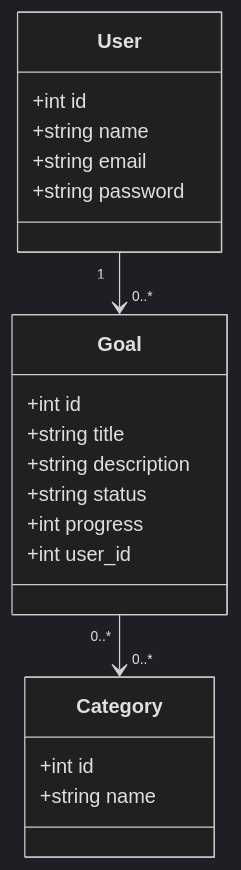
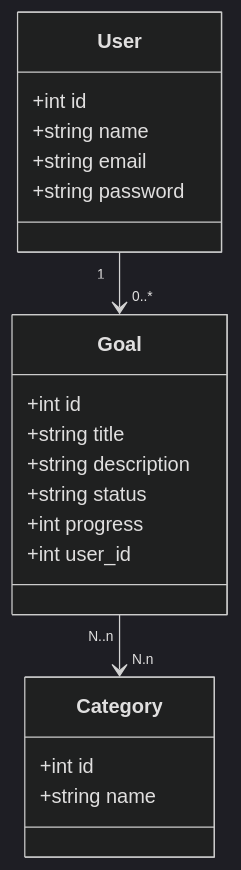
Before and after one commit to abdelhaymallouli/Goals-Tracker: the diagram in imgs/Diagram de Class.mmd, drawn with Mermaid (dark theme). The commit also changed 1 other file, not shown here.

Commit message:
feat: Render class diagram in README using Mermaid and add its source file.

```diff
--- a/imgs/Diagram de Class.mmd
+++ b/imgs/Diagram de Class.mmd
@@ -1,27 +1,27 @@
 classDiagram
     class User {
         +int id
         +string name
         +string email
         +string password
     }
 
     class Goal {
         +int id
         +string title
         +string description
         +string status
         +int progress
         +int user_id
     }
 
     class Category {
         +int id
         +string name
     }
 
 
 
     %% Relations
     User "1" --> "0..*" Goal : 
-    Goal "0..*" --> "0..*" Category :  
+    Goal "N..n" --> "N.n" Category :  
```
